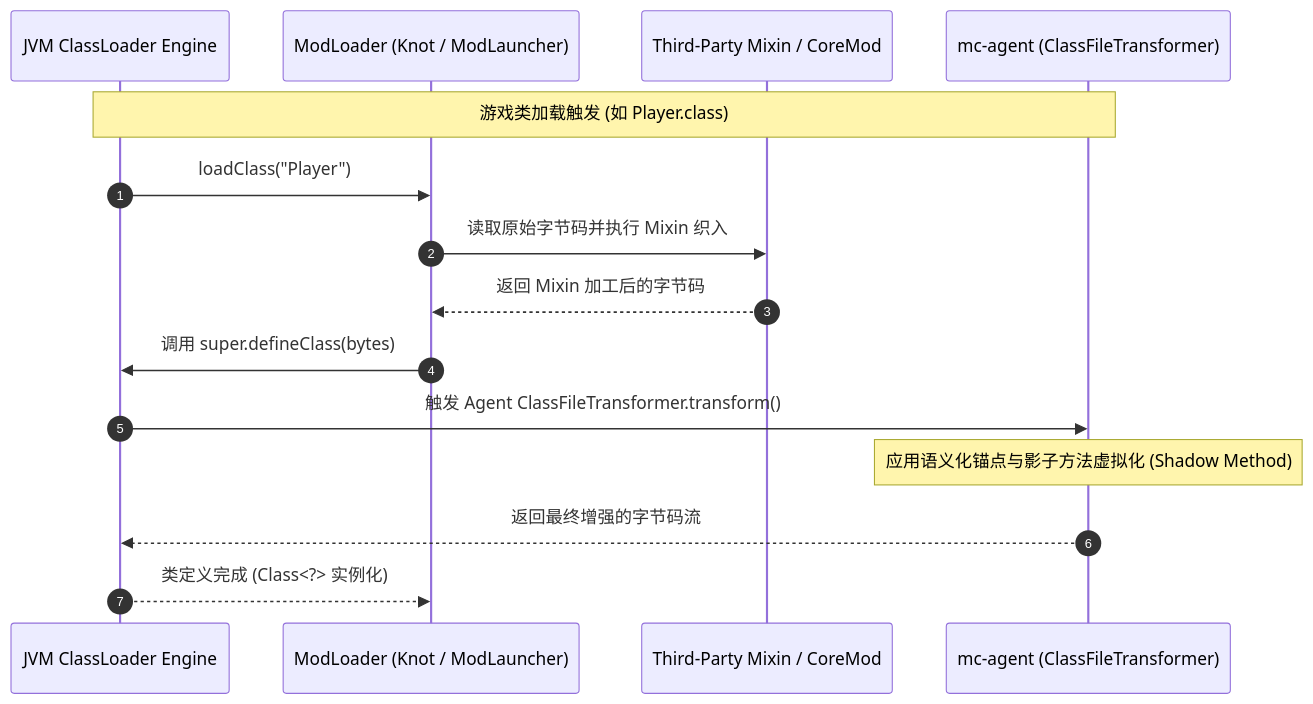
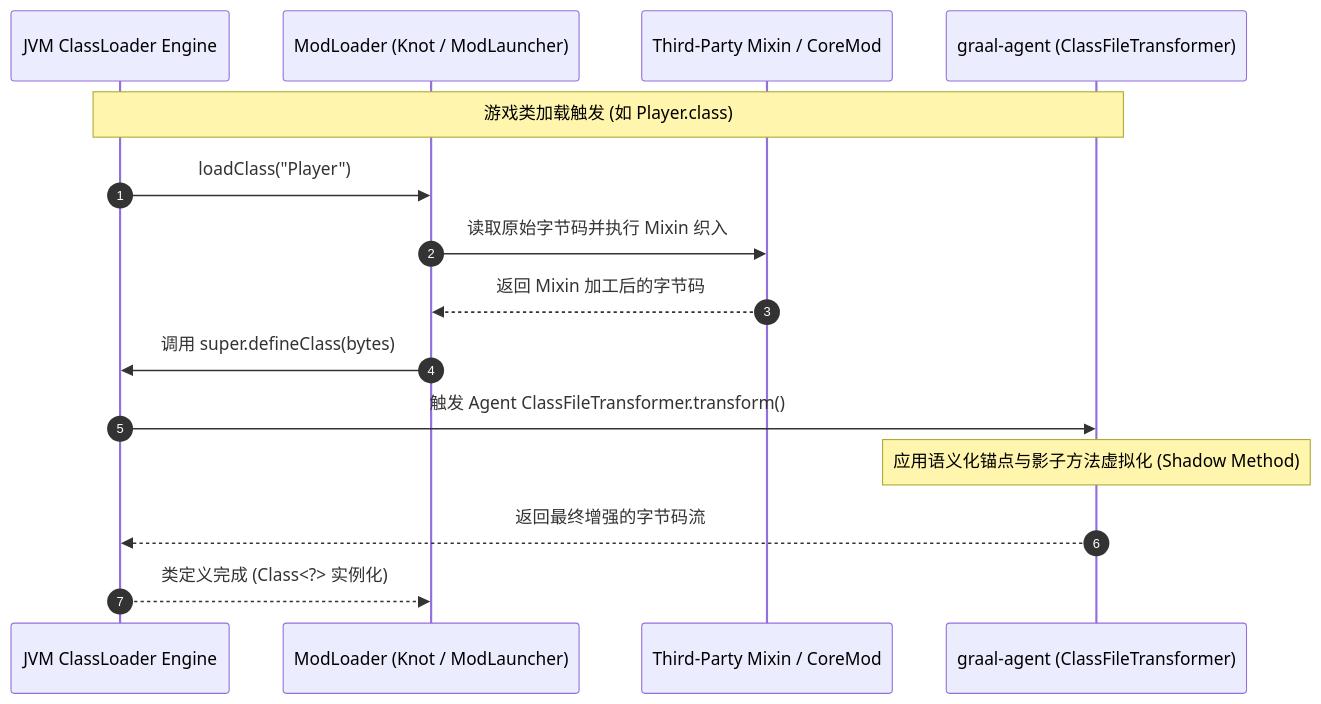
Before and after one commit to nooooocato/graal-agent: the diagram in docs/Multi-Loader-Compatibility.md, drawn with Mermaid. The commit also changed other lines of this file and 61 other files, not shown here.

Commit message:
refactor(rename): rename mc-agent to graal-agent, mcpack to graalpack, and com.mcagent to com.graalagent

````diff
--- a/docs/Multi-Loader-Compatibility.md
+++ b/docs/Multi-Loader-Compatibility.md
@@ -24,18 +24,18 @@
 ```mermaid
 sequenceDiagram
     autonumber
     participant JVM as JVM ClassLoader Engine
     participant Loader as ModLoader (Knot / ModLauncher)
     participant Mixin as Third-Party Mixin / CoreMod
-    participant Agent as mc-agent (ClassFileTransformer)
+    participant Agent as graal-agent (ClassFileTransformer)
 
     Note over JVM,Agent: 游戏类加载触发 (如 Player.class)
     JVM->>Loader: loadClass("Player")
     Loader->>Mixin: 读取原始字节码并执行 Mixin 织入
     Mixin-->>Loader: 返回 Mixin 加工后的字节码
     Loader->>JVM: 调用 super.defineClass(bytes)
     JVM->>Agent: 触发 Agent ClassFileTransformer.transform()
     Note over Agent: 应用语义化锚点与影子方法虚拟化 (Shadow Method)
     Agent-->>JVM: 返回最终增强的字节码流
     JVM-->>Loader: 类定义完成 (Class<?> 实例化)
 ```
````
